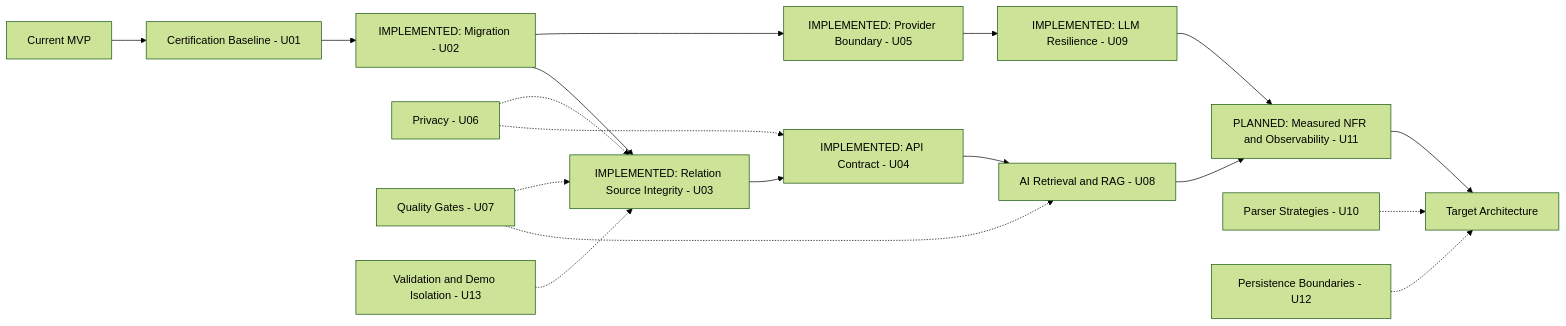
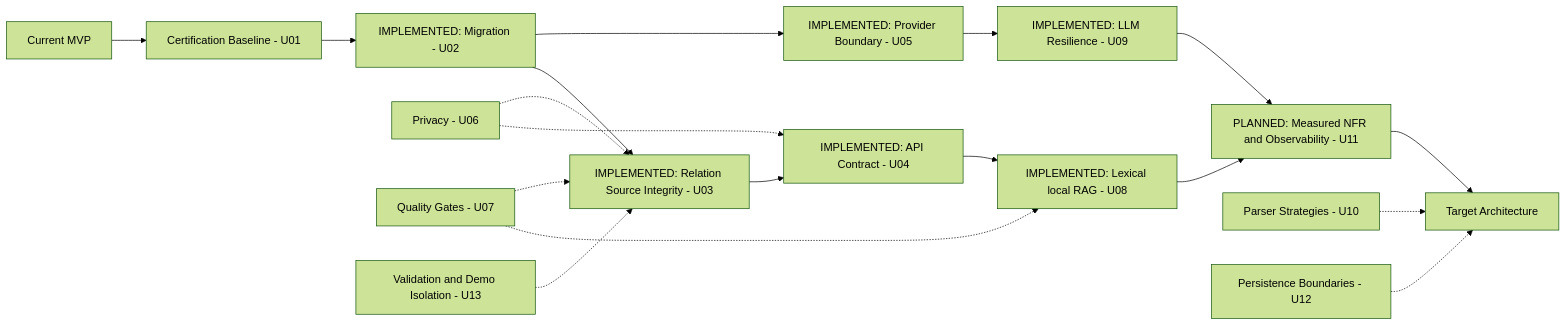
One commit to morshchagin-ivan/vk_social_radar changed the diagram in docs/certification/ARCHITECTURE_EVOLUTION.md. Above: the diagram before and after it, drawn with Mermaid (forest theme). The commit also changed other lines of this file and 32 other files, not shown here.

Commit message:
feat(ai): add evaluated local RAG

````diff
--- a/docs/certification/ARCHITECTURE_EVOLUTION.md
+++ b/docs/certification/ARCHITECTURE_EVOLUTION.md
@@ -5,20 +5,20 @@
 ```mermaid
 flowchart LR
   MVP["Current MVP"] --> Baseline["Certification Baseline - U01"]
   Baseline --> Migration["IMPLEMENTED: Migration - U02"]
   Migration --> Provider["IMPLEMENTED: Provider Boundary - U05"]
   Provider --> Resilience["IMPLEMENTED: LLM Resilience - U09"]
   Migration --> Data["IMPLEMENTED: Relation Source Integrity - U03"]
   Data --> Boundaries["IMPLEMENTED: API Contract - U04"]
-  Boundaries --> RAG["AI Retrieval and RAG - U08"]
+  Boundaries --> RAG["IMPLEMENTED: Lexical local RAG - U08"]
   RAG --> Reliability["PLANNED: Measured NFR and Observability - U11"]
   Resilience --> Reliability
   Reliability --> Target["Target Architecture"]
   Privacy["Privacy - U06"] -.-> Data
   Privacy -.-> Boundaries
   Quality["Quality Gates - U07"] -.-> Data
   Quality -.-> RAG
   Parsers["Parser Strategies - U10"] -.-> Target
   Persistence["Persistence Boundaries - U12"] -.-> Target
   Validation["Validation and Demo Isolation - U13"] -.-> Data
 ```
````
